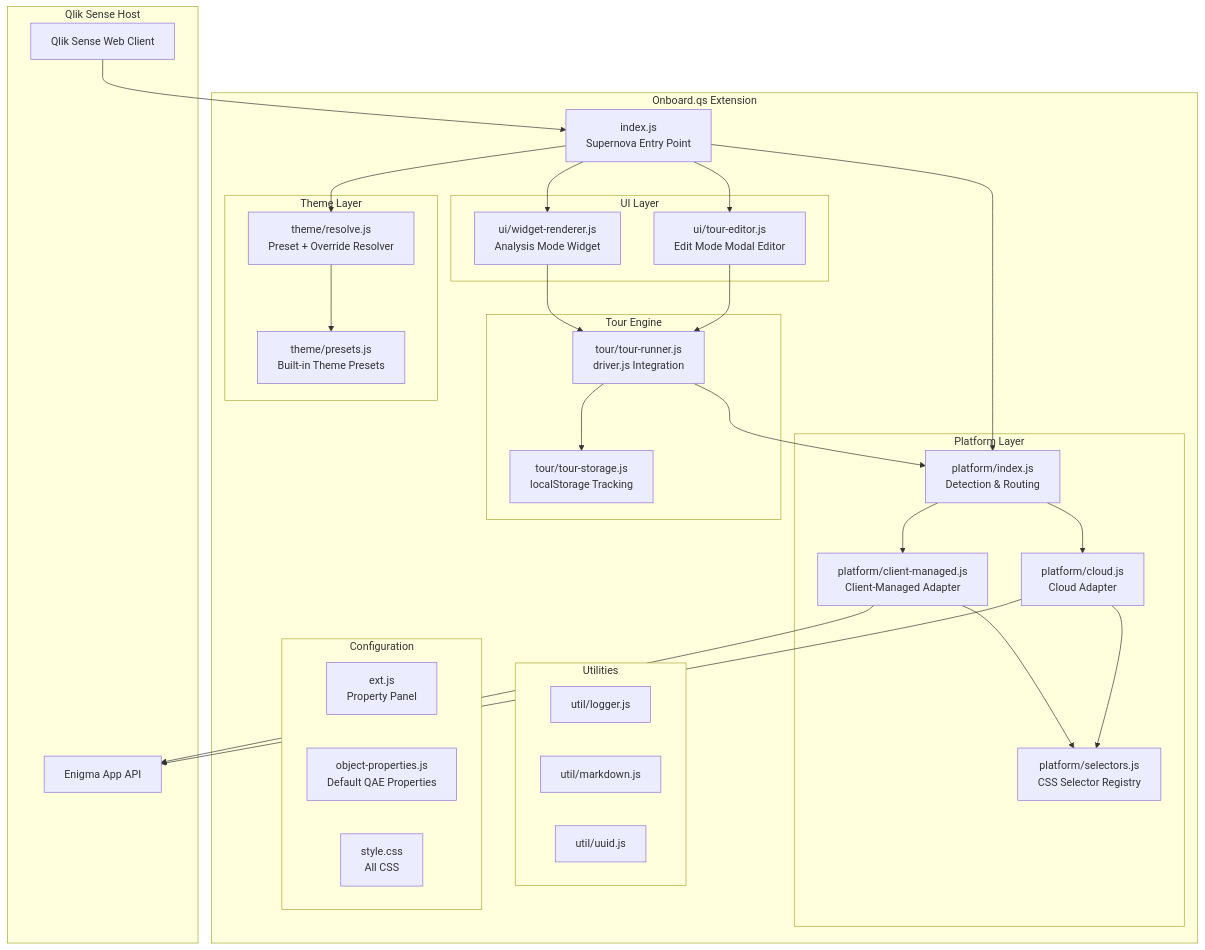
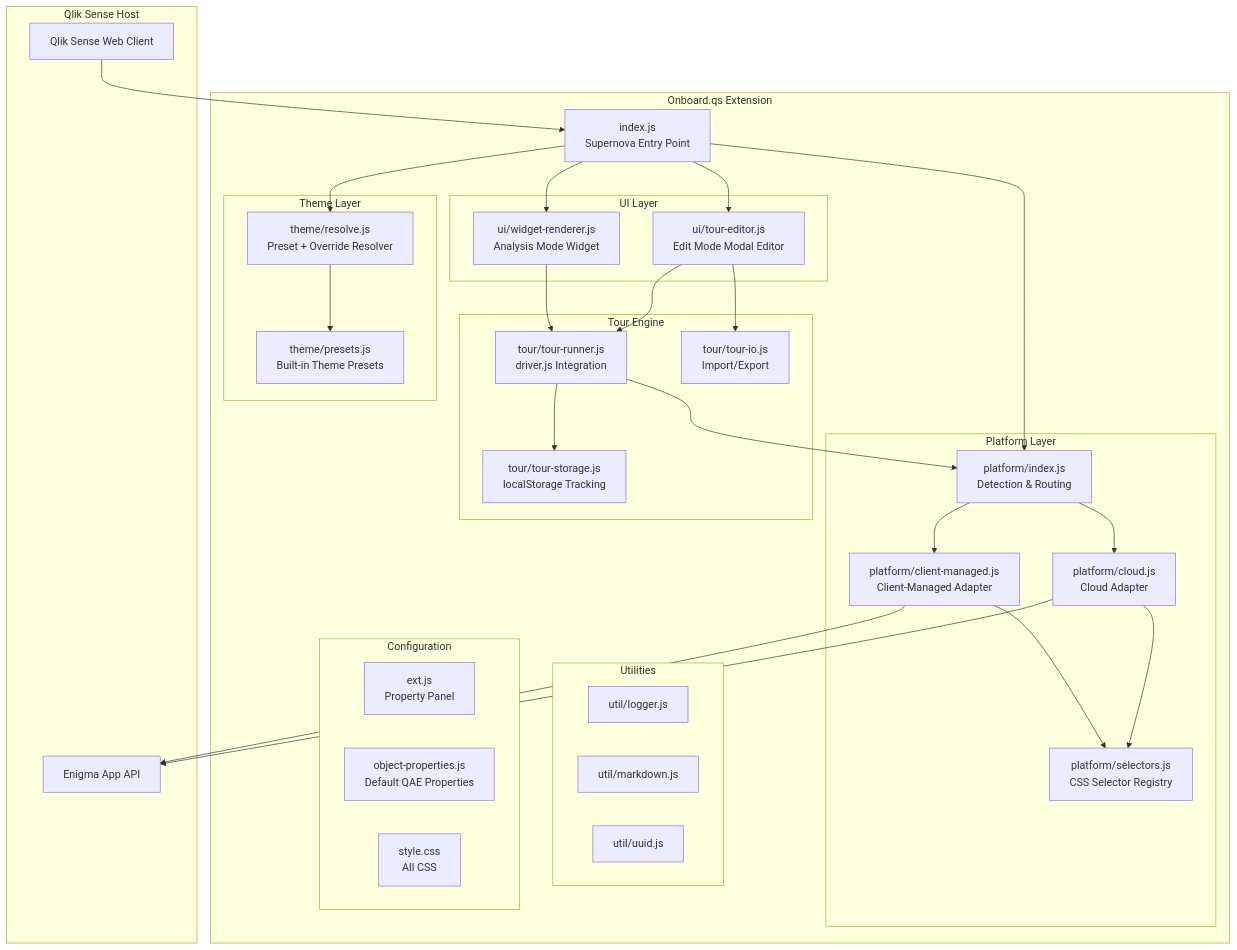
One commit to ptarmiganlabs/onboard.qs changed the first of 5 diagrams in docs/ARCHITECTURE.md. Above: the diagram before and after it, drawn with Mermaid. The commit also changed other lines of this file and 7 other files, not shown here.

````diff
--- a/docs/ARCHITECTURE.md
+++ b/docs/ARCHITECTURE.md
@@ -11,62 +11,64 @@
 ```mermaid
 graph TD
     subgraph "Qlik Sense Host"
         QS[Qlik Sense Web Client]
         EA[Enigma App API]
     end
 
     subgraph "Onboard.qs Extension"
         EP[index.js<br/>Supernova Entry Point]
 
         subgraph "Platform Layer"
             PI[platform/index.js<br/>Detection & Routing]
             CM[platform/client-managed.js<br/>Client-Managed Adapter]
             CL[platform/cloud.js<br/>Cloud Adapter]
             SE[platform/selectors.js<br/>CSS Selector Registry]
         end
 
         subgraph "Tour Engine"
             TR[tour/tour-runner.js<br/>driver.js Integration]
             TS[tour/tour-storage.js<br/>localStorage Tracking]
+            TI[tour/tour-io.js<br/>Import/Export]
         end
 
         subgraph "UI Layer"
             WR[ui/widget-renderer.js<br/>Analysis Mode Widget]
             TE[ui/tour-editor.js<br/>Edit Mode Modal Editor]
         end
 
         subgraph "Theme Layer"
             TH[theme/resolve.js<br/>Preset + Override Resolver]
             TP[theme/presets.js<br/>Built-in Theme Presets]
         end
 
         subgraph "Utilities"
             LG[util/logger.js]
             MD[util/markdown.js]
             UU[util/uuid.js]
         end
 
         subgraph "Configuration"
             EX[ext.js<br/>Property Panel]
             OP[object-properties.js<br/>Default QAE Properties]
             ST[style.css<br/>All CSS]
         end
     end
 
     QS --> EP
     EP --> PI
     PI --> CM
     PI --> CL
     CM --> SE
     CL --> SE
     CM --> EA
     CL --> EA
     EP --> WR
     EP --> TE
     EP --> TH
     TH --> TP
     WR --> TR
     TR --> TS
     TE --> TR
+    TE --> TI
     TR --> PI
 ```
````
